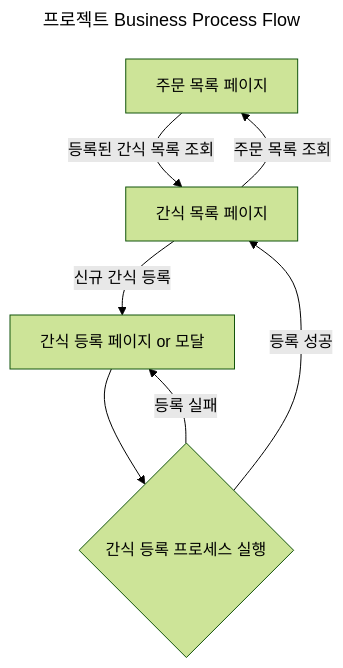
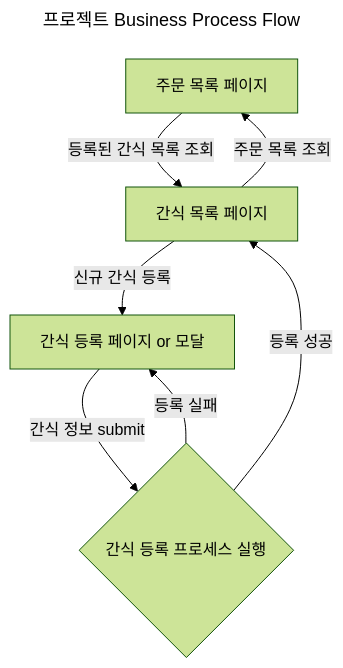
Before and after one commit to orchwang/snack-manager-server: the second of 5 diagrams in README.md, drawn with Mermaid (forest theme). The commit also changed other lines of this file, not shown here.

````diff
--- a/README.md
+++ b/README.md
@@ -254,17 +254,17 @@
 ```mermaid
 ---
 title: 프로젝트 Business Process Flow
 ---
 flowchart TD
     orderlist[주문 목록 페이지]
     snacklist[간식 목록 페이지]
     registersnack[간식 등록 페이지 or 모달]
     registerprocess{간식 등록 프로세스 실행}
     
     orderlist --> |등록된 간식 목록 조회| snacklist
     snacklist --> |주문 목록 조회| orderlist
     snacklist --> |신규 간식 등록|registersnack
-    registersnack --> registerprocess
+    registersnack --> |간식 정보 submit|registerprocess
     registerprocess --> |등록 성공| snacklist
     registerprocess --> |등록 실패| registersnack
 ```
````
